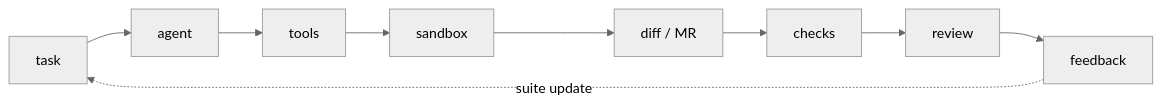
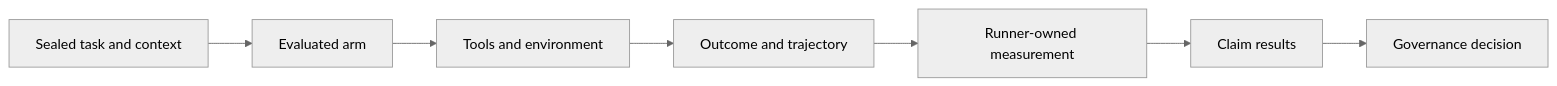
Before and after one commit to mingazhev/agent-evals-standard: the first of 2 diagrams in standard/standard.md, drawn with Mermaid (neutral theme). The commit also changed other lines of this file and 885 other files, not shown here.

````diff
--- a/standard/standard.md
+++ b/standard/standard.md
@@ -23,5 +27,9 @@
 ```mermaid
 flowchart LR
-  task --> agent --> tools --> sandbox --> diffMR["diff / MR"] --> checks --> review --> feedback
-  feedback -.->|suite update| task
+  task["Sealed task and context"] --> arm["Evaluated arm"]
+  arm --> tools["Tools and environment"]
+  tools --> result["Outcome and trajectory"]
+  result --> measure["Runner-owned measurement"]
+  measure --> claims["Claim results"]
+  claims --> decision["Governance decision"]
 ```
````
